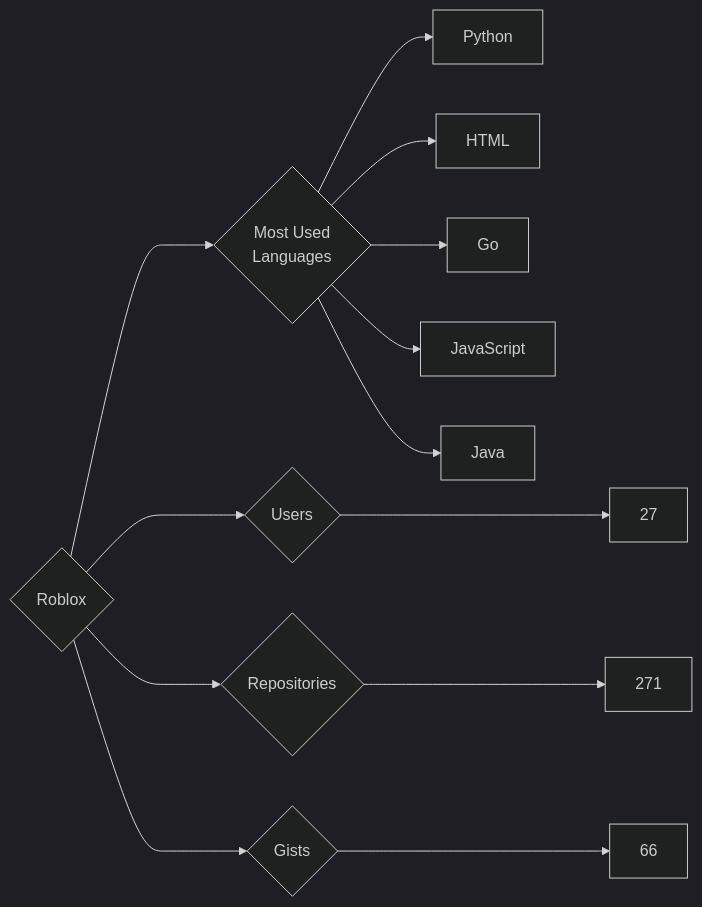
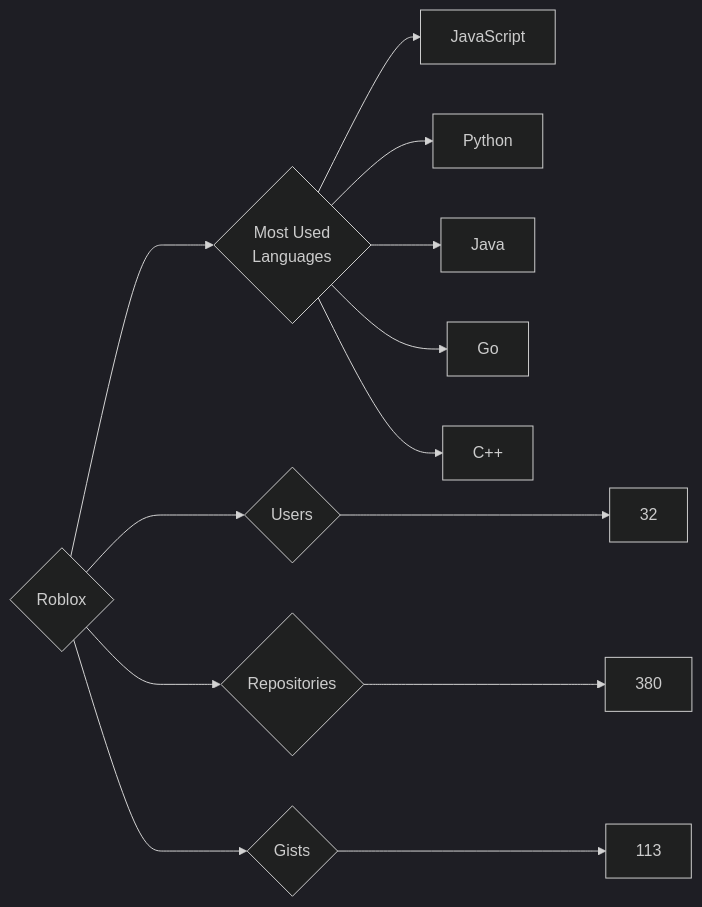
Before and after one commit to trickest/insiders: the diagram in targets/Roblox/README.md, drawn with Mermaid (dark theme). The commit also changed 871 other files, not shown here.

````diff
--- a/targets/Roblox/README.md
+++ b/targets/Roblox/README.md
@@ -3,13 +3,13 @@
 ```mermaid
 graph LR
 COMPANY_NAME{Roblox}
-COMPANY_NAME ---> U{Users} ---> UN[27]
-COMPANY_NAME ---> R{Repositories} ---> RN[271]
-COMPANY_NAME ---> G{Gists} ---> GN[66]
+COMPANY_NAME ---> U{Users} ---> UN[32]
+COMPANY_NAME ---> R{Repositories} ---> RN[380]
+COMPANY_NAME ---> G{Gists} ---> GN[113]
 COMPANY_NAME ---> ML{Most Used<br>Languages}
+ML --> JavaScript[JavaScript]
 ML --> Python[Python]
-ML --> HTML[HTML]
+ML --> Java[Java]
 ML --> Go[Go]
-ML --> JavaScript[JavaScript]
-ML --> Java[Java]
+ML --> C++[C++]
 ```
````
